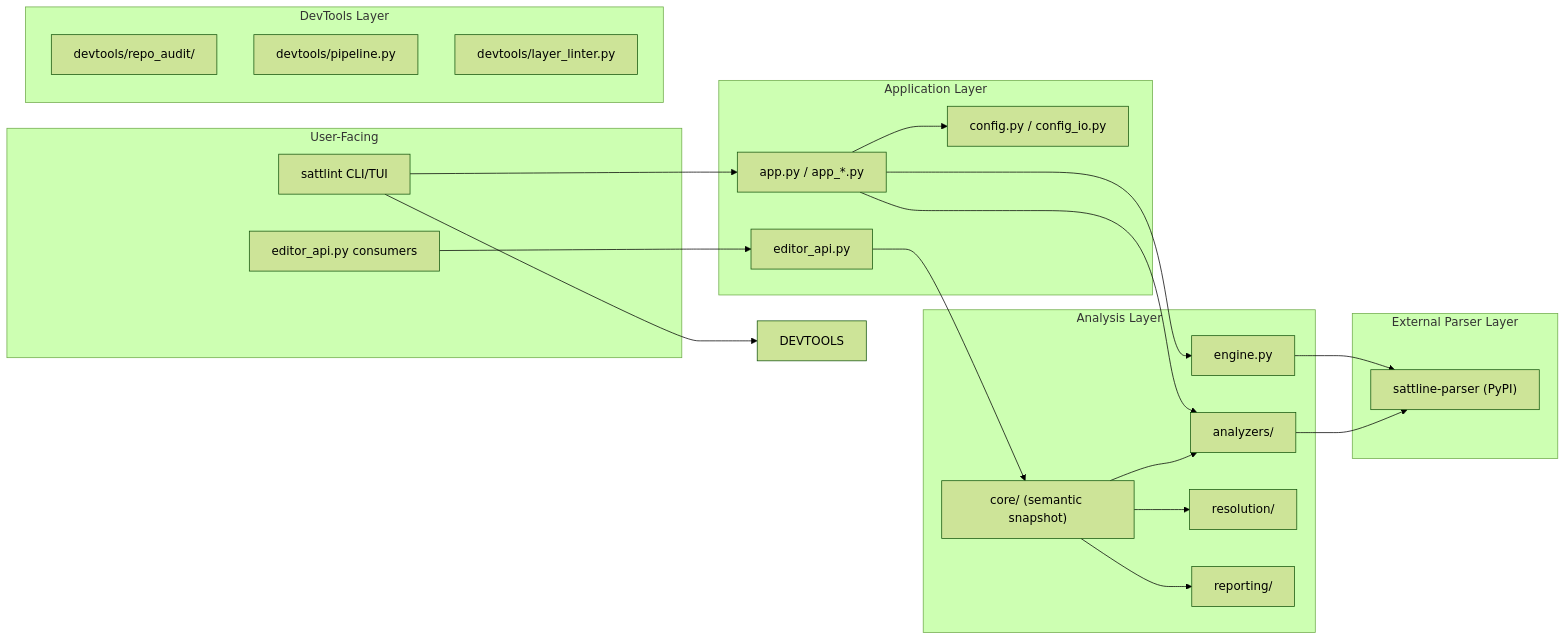
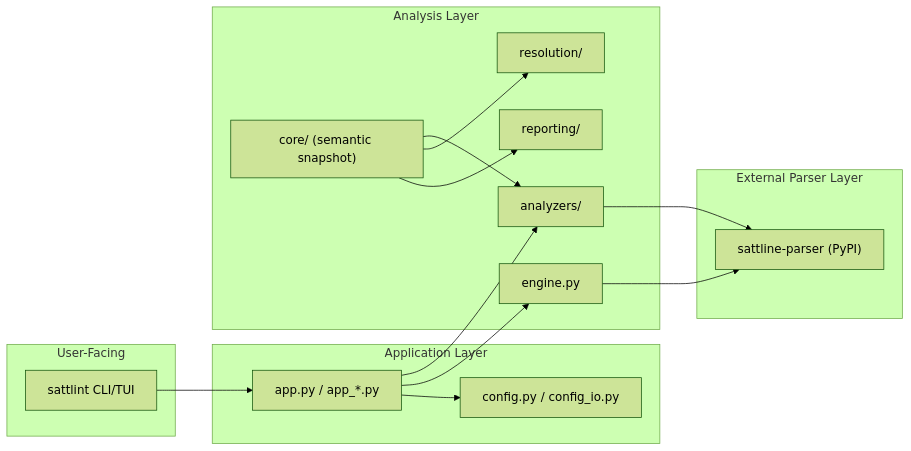
The diagram in docs/public/architecture.md (SorenHJohansen/SattLint), drawn with Mermaid (forest theme) before and after one commit. The commit also changed other lines of this file and 82 other files, not shown here.

````diff
--- a/docs/public/architecture.md
+++ b/docs/public/architecture.md
@@ -8,44 +8,33 @@
 ```mermaid
 flowchart LR
     subgraph User["User-Facing"]
         CLI["sattlint CLI/TUI"]
-        EDITOR["editor_api.py consumers"]
     end
 
     subgraph App["Application Layer"]
         APP["app.py / app_*.py"]
-        EDITORAPI["editor_api.py"]
         CONFIG["config.py / config_io.py"]
     end
 
     subgraph Analysis["Analysis Layer"]
         ANALYZERS["analyzers/"]
         CORE["core/ (semantic snapshot)"]
         ENGINE["engine.py"]
         RESOLUTION["resolution/"]
         REPORTING["reporting/"]
     end
 
     subgraph Parser["External Parser Layer"]
         PARSER["sattline-parser (PyPI)"]
     end
 
-    subgraph DevTools["DevTools Layer"]
-        AUDIT["devtools/repo_audit/"]
-        PIPELINE["devtools/pipeline.py"]
-        LINT["devtools/layer_linter.py"]
-    end
-
     CLI --> APP
-    EDITOR --> EDITORAPI
-    EDITORAPI --> CORE
     APP --> ANALYZERS
     APP --> ENGINE
     APP --> CONFIG
     ENGINE --> PARSER
     CORE --> ANALYZERS
     CORE --> RESOLUTION
     CORE --> REPORTING
-    CLI --> DEVTOOLS
     ANALYZERS --> PARSER
 ```
````
